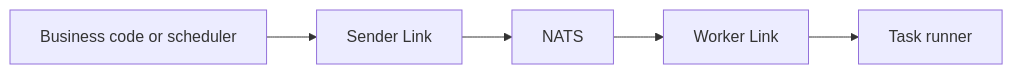
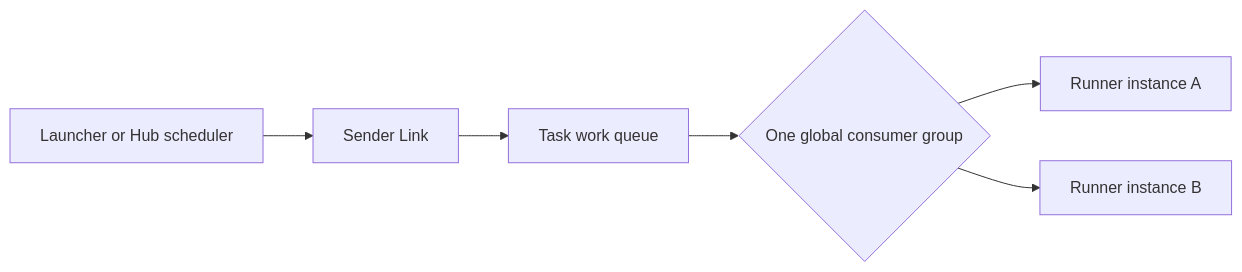
Before and after one commit to yorun-ai/vine-site: the second of 2 diagrams in docs/framework/event-task.md, drawn with Mermaid. The commit also changed other lines of this file and 95 other files, not shown here.

````diff
--- a/docs/framework/event-task.md
+++ b/docs/framework/event-task.md
@@ -109,4 +196,7 @@
 ```mermaid
 flowchart LR
-  Launcher["Business code or scheduler"] --> LinkA["Sender Link"] --> NATS["NATS"] --> LinkB["Worker Link"] --> Runner["Task runner"]
+  Source["Launcher or Hub scheduler"] --> SenderLink["Sender Link"] --> Stream["Task work queue"]
+  Stream --> Choice{"One global consumer group"}
+  Choice --> RunnerA["Runner instance A"]
+  Choice --> RunnerB["Runner instance B"]
 ```
````
